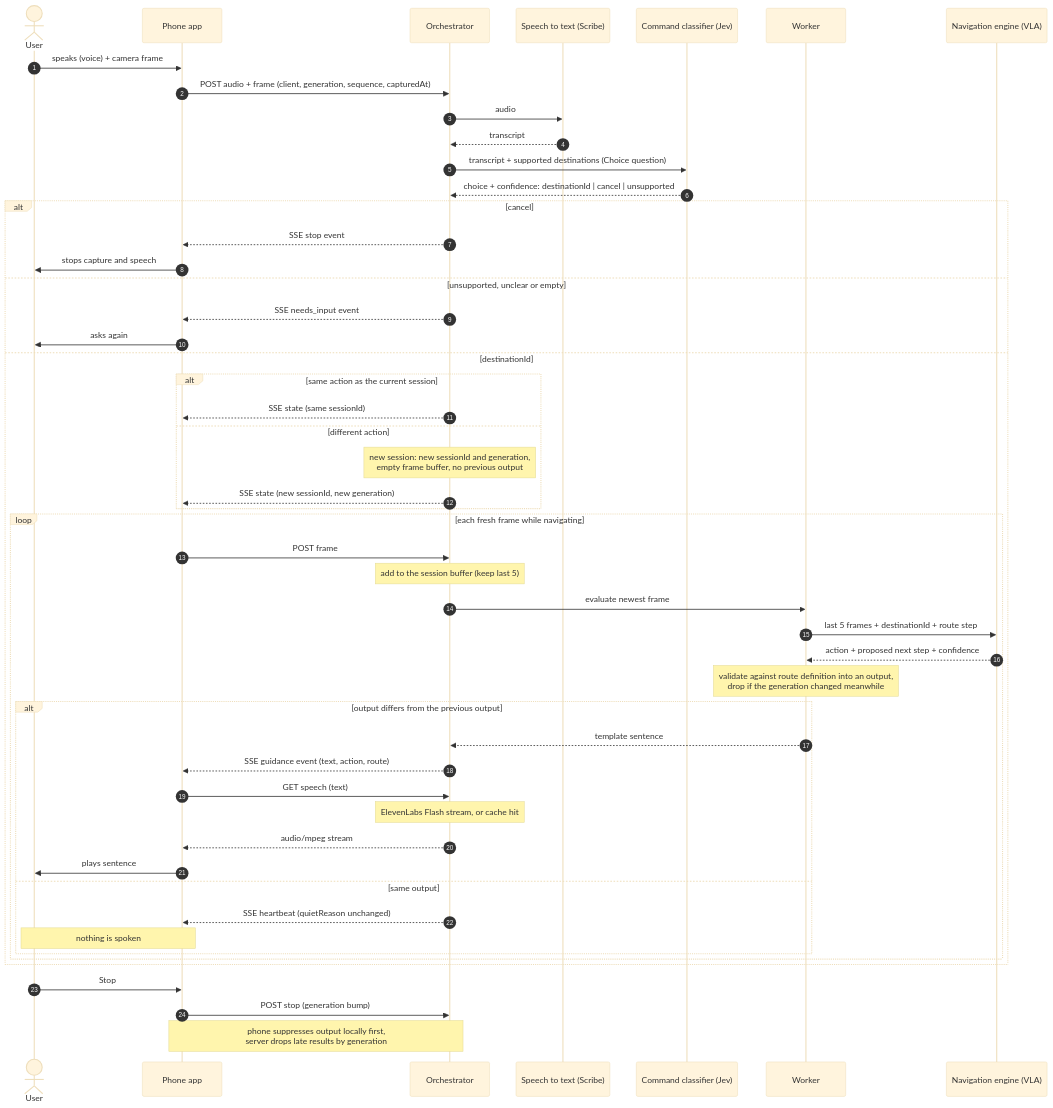
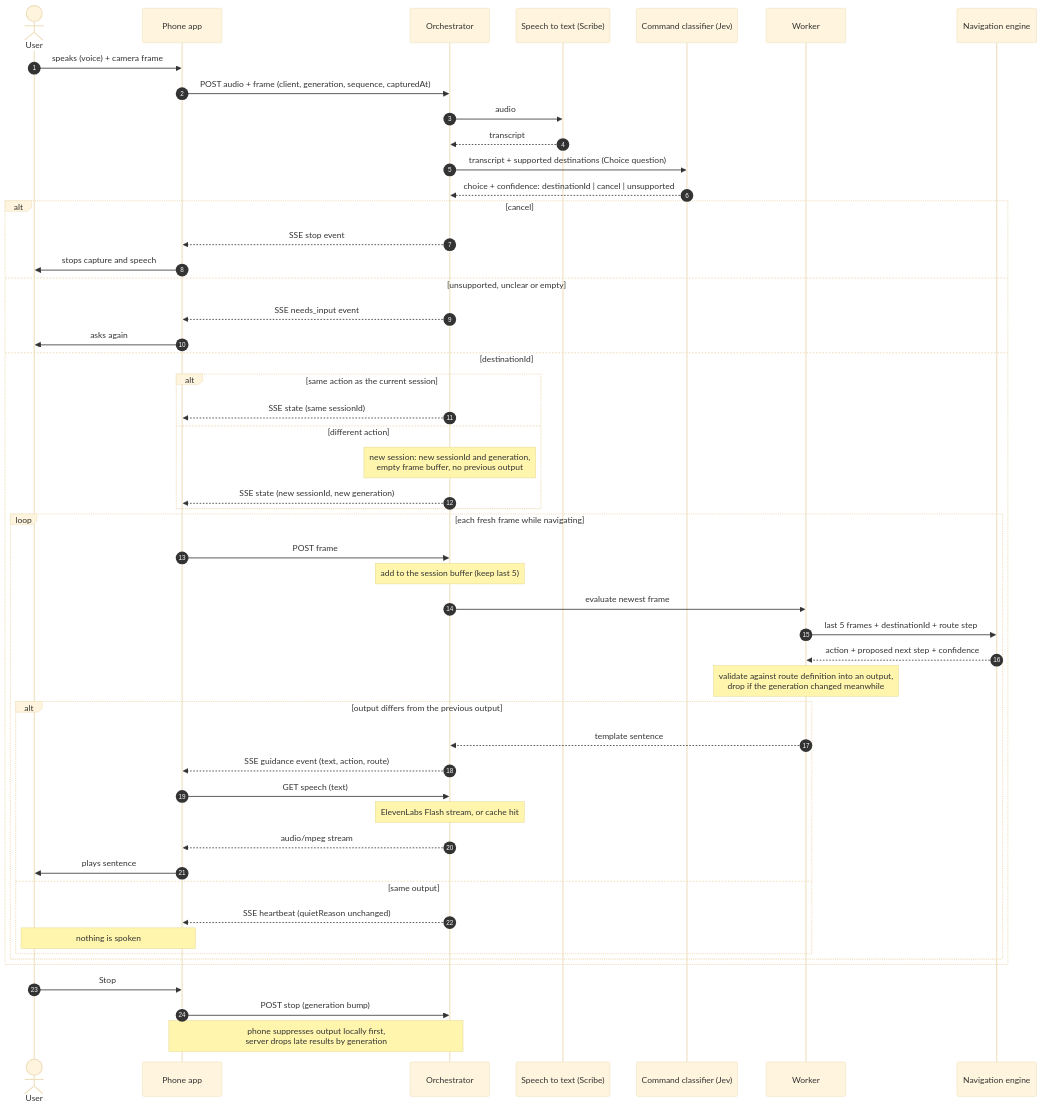
The third of 3 diagrams in docs/architecture.md (tungsten-united/project-description), drawn with Mermaid (base theme) before and after one commit. The commit also changed other lines of this file and 3 other files, not shown here.

First line of the commit message:
Docs: navigation engine is nav-engine (map-based), not a VLA

````diff
--- a/docs/architecture.md
+++ b/docs/architecture.md
@@ -71,56 +71,56 @@
 ```mermaid
 sequenceDiagram
   autonumber
   actor U as User
   participant P as Phone app
   participant O as Orchestrator
   participant S as Speech to text (Scribe)
   participant C as Command classifier (Jev)
   participant K as Worker
-  participant N as Navigation engine (VLA)
+  participant N as Navigation engine
 
   U->>P: speaks (voice) + camera frame
   P->>O: POST audio + frame (client, generation, sequence, capturedAt)
   O->>S: audio
   S-->>O: transcript
   O->>C: transcript + supported destinations (Choice question)
   C-->>O: choice + confidence: destinationId | cancel | unsupported
 
   alt cancel
     O-->>P: SSE stop event
     P->>U: stops capture and speech
   else unsupported, unclear or empty
     O-->>P: SSE needs_input event
     P->>U: asks again
   else destinationId
     alt same action as the current session
       O-->>P: SSE state (same sessionId)
     else different action
       Note over O: new session: new sessionId and generation,<br/>empty frame buffer, no previous output
       O-->>P: SSE state (new sessionId, new generation)
     end
     loop each fresh frame while navigating
       P->>O: POST frame
       Note over O: add to the session buffer (keep last 5)
       O->>K: evaluate newest frame
       K->>N: last 5 frames + destinationId + route step
       N-->>K: action + proposed next step + confidence
       Note over K: validate against route definition into an output,<br/>drop if the generation changed meanwhile
       alt output differs from the previous output
         K-->>O: template sentence
         O-->>P: SSE guidance event (text, action, route)
         P->>O: GET speech (text)
         Note over O: ElevenLabs Flash stream, or cache hit
         O-->>P: audio/mpeg stream
         P->>U: plays sentence
       else same output
         O-->>P: SSE heartbeat (quietReason unchanged)
         Note over P,U: nothing is spoken
       end
     end
   end
 
   U->>P: Stop
   P->>O: POST stop (generation bump)
   Note over P,O: phone suppresses output locally first,<br/>server drops late results by generation
 ```
````
